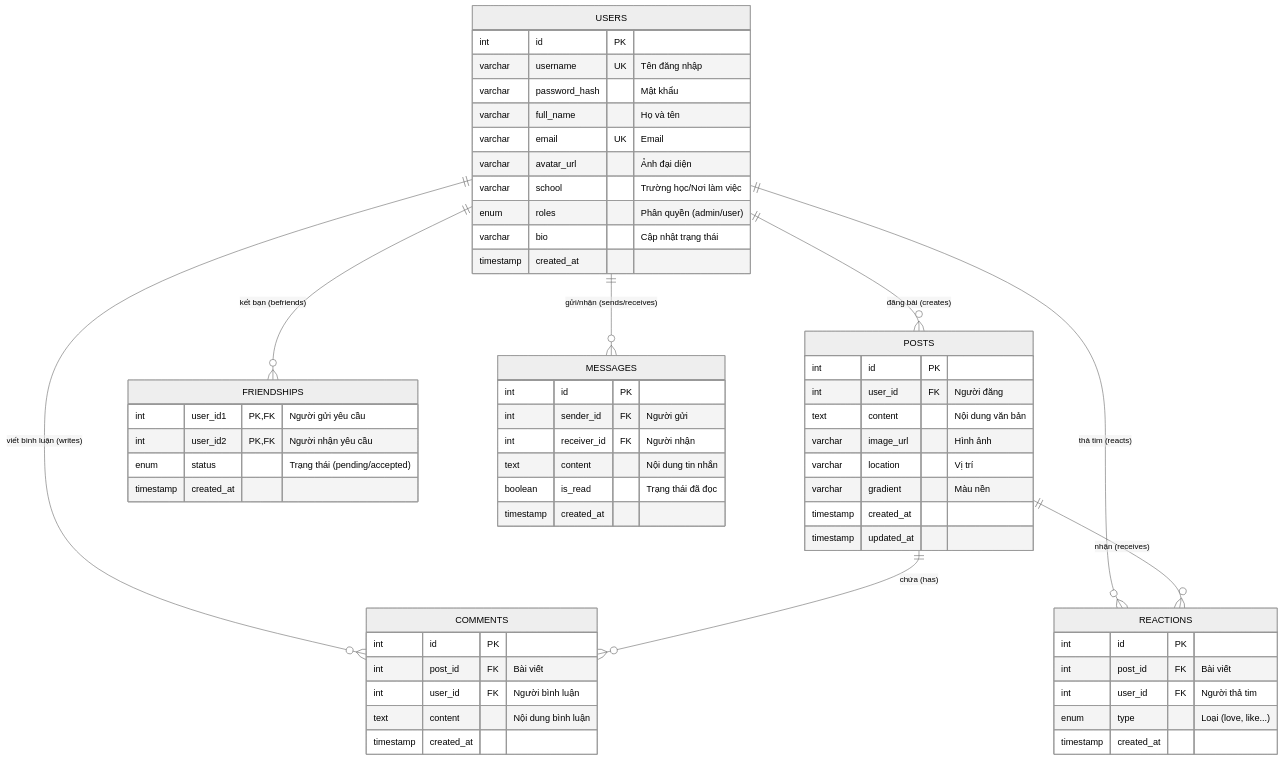
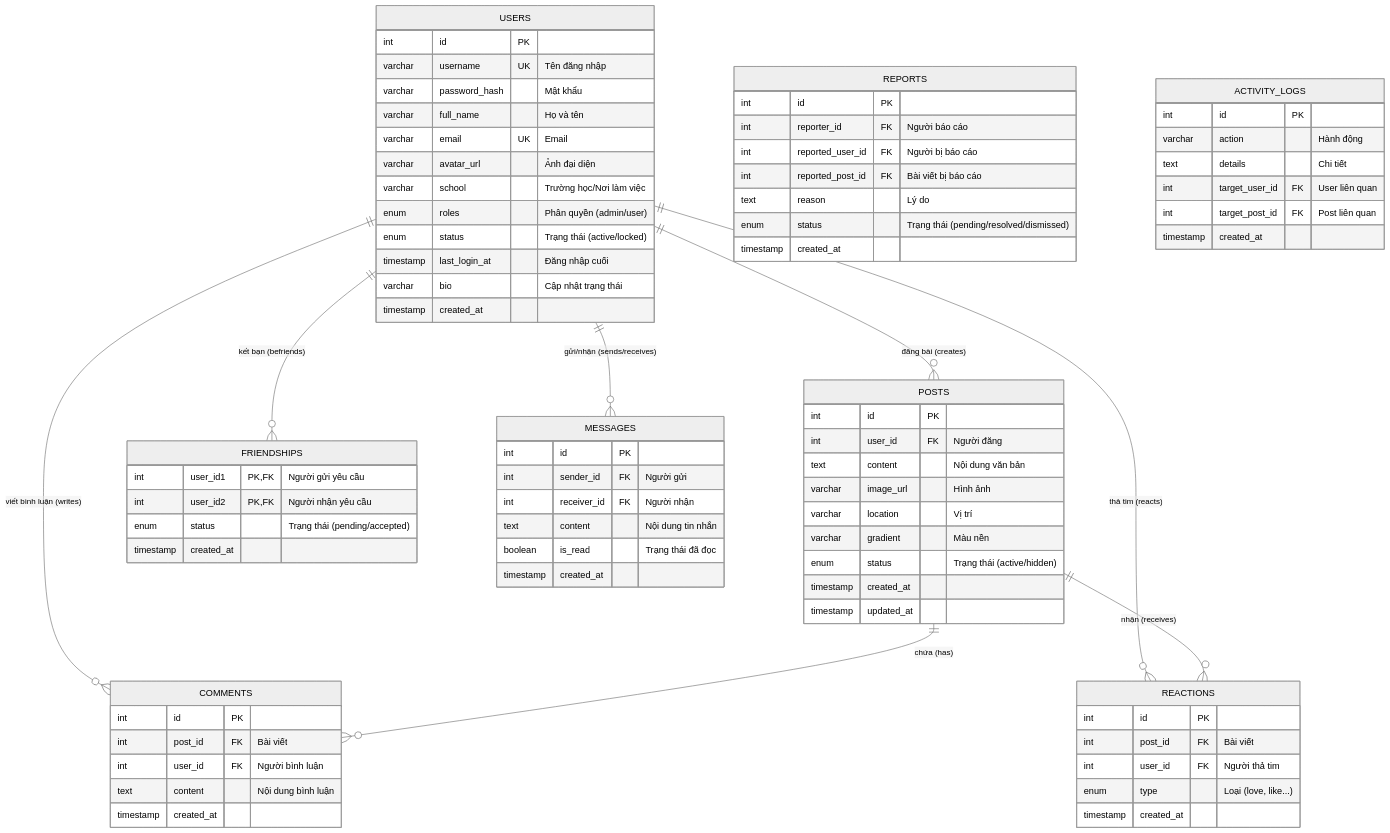
One commit to vhieu2k5/Socialita changed the diagram in mini_social_erd.md. Above: the diagram before and after it, drawn with Mermaid (neutral theme). The commit also changed 1 other file, not shown here.

Commit message:
feat: Update admin features (not connect front end)

```diff
--- a/mini_social_erd.md
+++ b/mini_social_erd.md
@@ -13,6 +13,8 @@
         varchar avatar_url "Ảnh đại diện"
         varchar school "Trường học/Nơi làm việc"
         enum roles "Phân quyền (admin/user)"
+        enum status "Trạng thái (active/locked)"
+        timestamp last_login_at "Đăng nhập cuối"
         varchar bio "Cập nhật trạng thái"
         timestamp created_at
     }
@@ -24,8 +26,28 @@
         varchar image_url "Hình ảnh"
         varchar location "Vị trí"
         varchar gradient "Màu nền"
+        enum status "Trạng thái (active/hidden)"
         timestamp created_at
         timestamp updated_at
+    }
+    
+    REPORTS {
+        int id PK
+        int reporter_id FK "Người báo cáo"
+        int reported_user_id FK "Người bị báo cáo"
+        int reported_post_id FK "Bài viết bị báo cáo"
+        text reason "Lý do"
+        enum status "Trạng thái (pending/resolved/dismissed)"
+        timestamp created_at
+    }
+    
+    ACTIVITY_LOGS {
+        int id PK
+        varchar action "Hành động"
+        text details "Chi tiết"
+        int target_user_id FK "User liên quan"
+        int target_post_id FK "Post liên quan"
+        timestamp created_at
     }
     
     FRIENDSHIPS {
```
